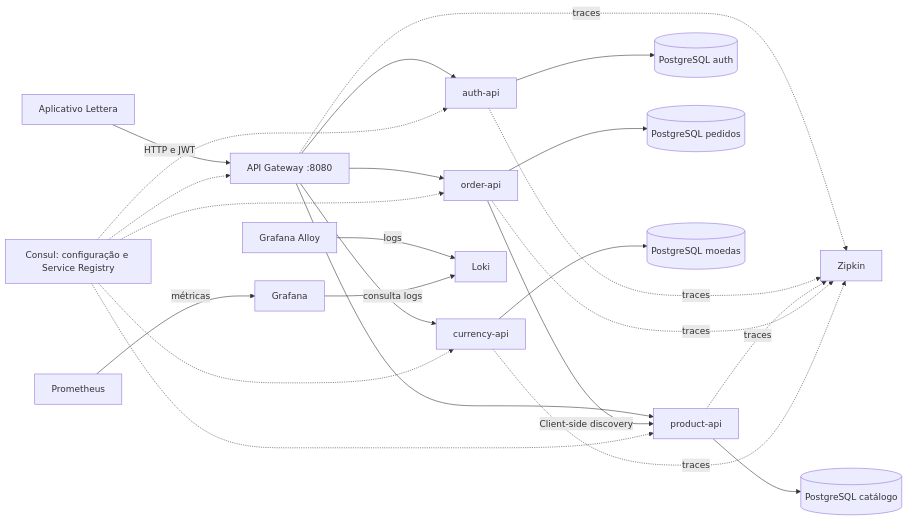
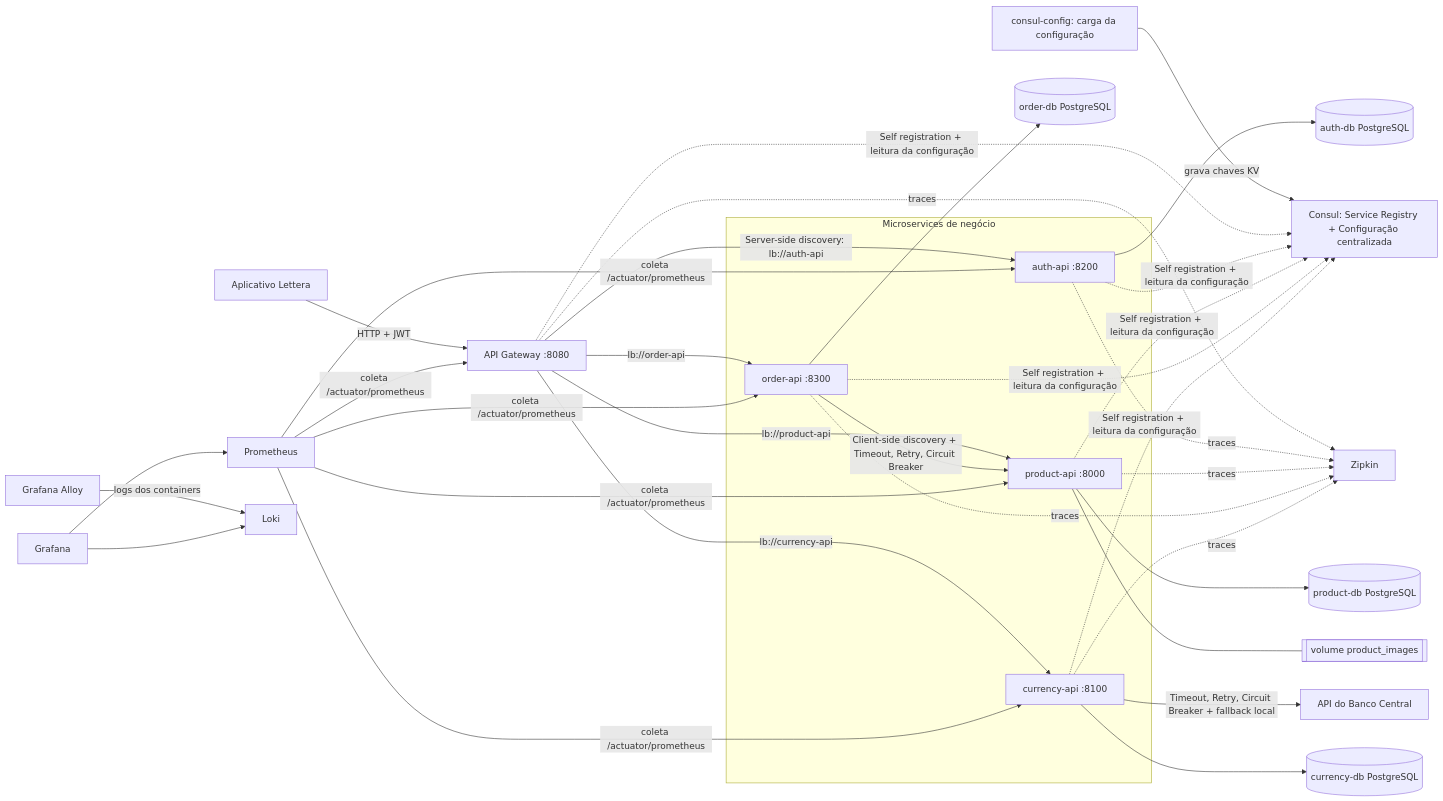
Before and after one commit to EmillyLautert/microservices-java: the diagram in README.md, drawn with Mermaid. The commit also changed other lines of this file and 1 other file, not shown here.

````diff
--- a/README.md
+++ b/README.md
@@ -8,26 +23,33 @@
 ```mermaid
 flowchart LR
-  App[Aplicativo Lettera] -->|HTTP e JWT| GW[API Gateway :8080]
-  GW --> AUTH[auth-api]
-  GW --> PROD[product-api]
-  GW --> ORD[order-api]
-  GW --> CUR[currency-api]
-  ORD -->|Client-side discovery| PROD
-  AUTH --> ADB[(PostgreSQL auth)]
-  PROD --> PDB[(PostgreSQL catálogo)]
-  ORD --> ODB[(PostgreSQL pedidos)]
-  CUR --> CDB[(PostgreSQL moedas)]
-  CONSUL[Consul: configuração e Service Registry] -.-> GW
-  CONSUL -.-> AUTH
-  CONSUL -.-> PROD
-  CONSUL -.-> ORD
-  CONSUL -.-> CUR
-  GW -. traces .-> ZIPKIN[Zipkin]
-  AUTH -. traces .-> ZIPKIN
-  PROD -. traces .-> ZIPKIN
-  ORD -. traces .-> ZIPKIN
-  CUR -. traces .-> ZIPKIN
-  PROM[Prometheus] -->|métricas| GRAF[Grafana]
-  ALLOY[Grafana Alloy] -->|logs| LOKI[Loki]
-  GRAF -->|consulta logs| LOKI
+  APP["Aplicativo Lettera"] -->|"HTTP + JWT"| GW["API Gateway :8080"]
+
+  subgraph NEG["Microservices de negócio"]
+    AUTH["auth-api :8200"]
+    PROD["product-api :8000"]
+    ORD["order-api :8300"]
+    CUR["currency-api :8100"]
+  end
+
+  GW -->|"Server-side discovery: lb://auth-api"| AUTH
+  GW -->|"lb://product-api"| PROD
+  GW -->|"lb://order-api"| ORD
+  GW -->|"lb://currency-api"| CUR
+  ORD -->|"Client-side discovery + Timeout, Retry, Circuit Breaker"| PROD
+  CUR -->|"Timeout, Retry, Circuit Breaker + fallback local"| BCB["API do Banco Central"]
+
+  AUTH --> ADB[("auth-db PostgreSQL")]
+  PROD --> PDB[("product-db PostgreSQL")]
+  ORD --> ODB[("order-db PostgreSQL")]
+  CUR --> CDB[("currency-db PostgreSQL")]
+  PROD --- IMG[["volume product_images"]]
+
+  CFG["consul-config: carga da configuração"] -->|"grava chaves KV"| CONSUL["Consul: Service Registry + Configuração centralizada"]
+  GW & AUTH & PROD & ORD & CUR -.->|"Self registration + leitura da configuração"| CONSUL
+
+  GW & AUTH & PROD & ORD & CUR -.->|"traces"| ZIP["Zipkin"]
+  PROM["Prometheus"] -->|"coleta /actuator/prometheus"| GW & AUTH & PROD & ORD & CUR
+  ALLOY["Grafana Alloy"] -->|"logs dos containers"| LOKI["Loki"]
+  GRAF["Grafana"] --> PROM
+  GRAF --> LOKI
 ```
````
